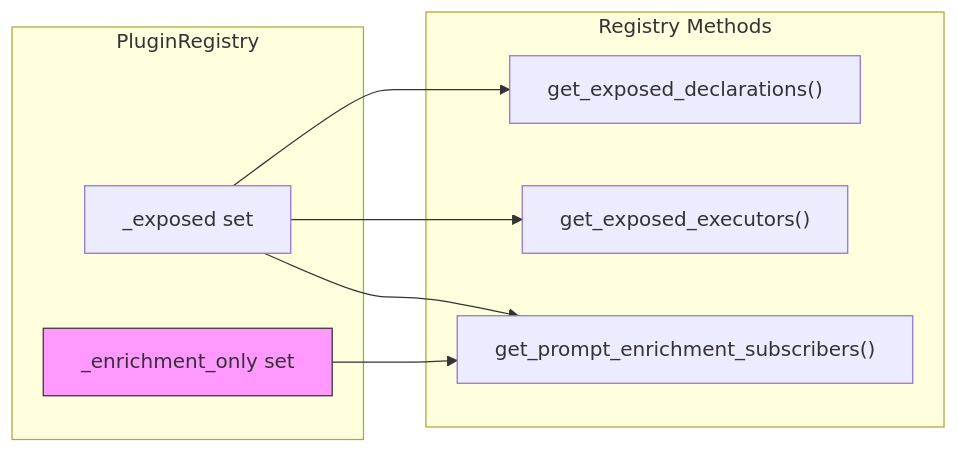
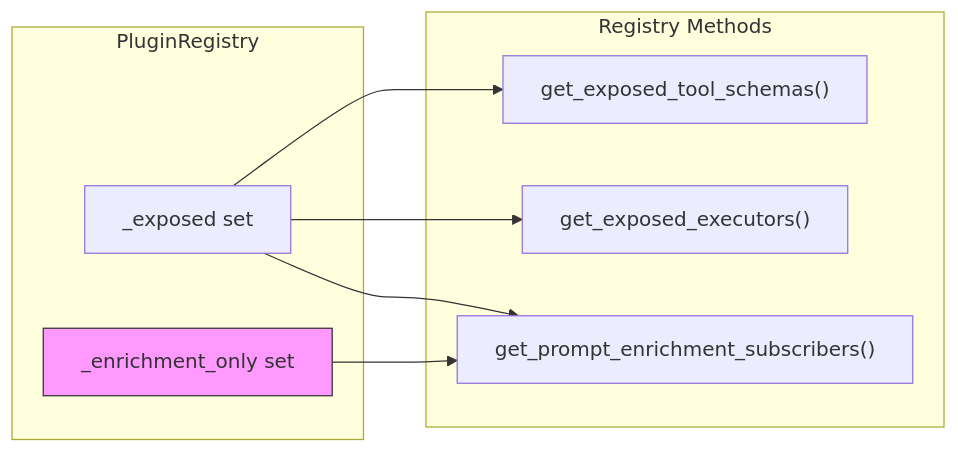
One commit to Jaato-framework-and-examples/jaato changed the fifth of 6 diagrams in docs/architecture.md. Above: the diagram before and after it, drawn with Mermaid. The commit also changed other lines of this file and 25 other files, not shown here.

````diff
--- a/docs/architecture.md
+++ b/docs/architecture.md
@@ -341,20 +401,20 @@
 ```mermaid
 flowchart LR
     subgraph Registry["PluginRegistry"]
         Exposed["_exposed set"]
         EnrichOnly["_enrichment_only set"]
     end
 
     subgraph Methods["Registry Methods"]
-        Decls["get_exposed_declarations()"]
+        Decls["get_exposed_tool_schemas()"]
         Execs["get_exposed_executors()"]
         Enrich["get_prompt_enrichment_subscribers()"]
     end
 
     Exposed --> Decls
     Exposed --> Execs
     Exposed --> Enrich
     EnrichOnly --> Enrich
 
     style EnrichOnly fill:#f9f,stroke:#333
 ```
````
